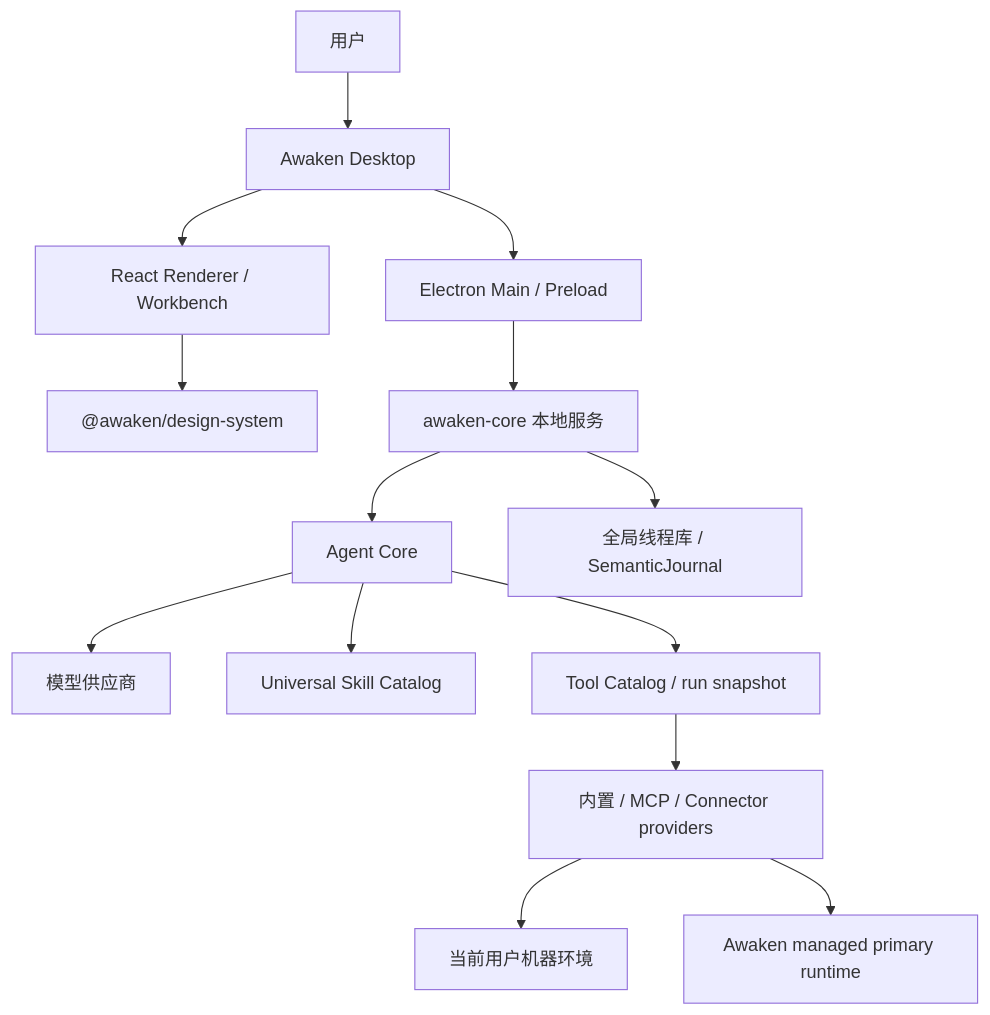
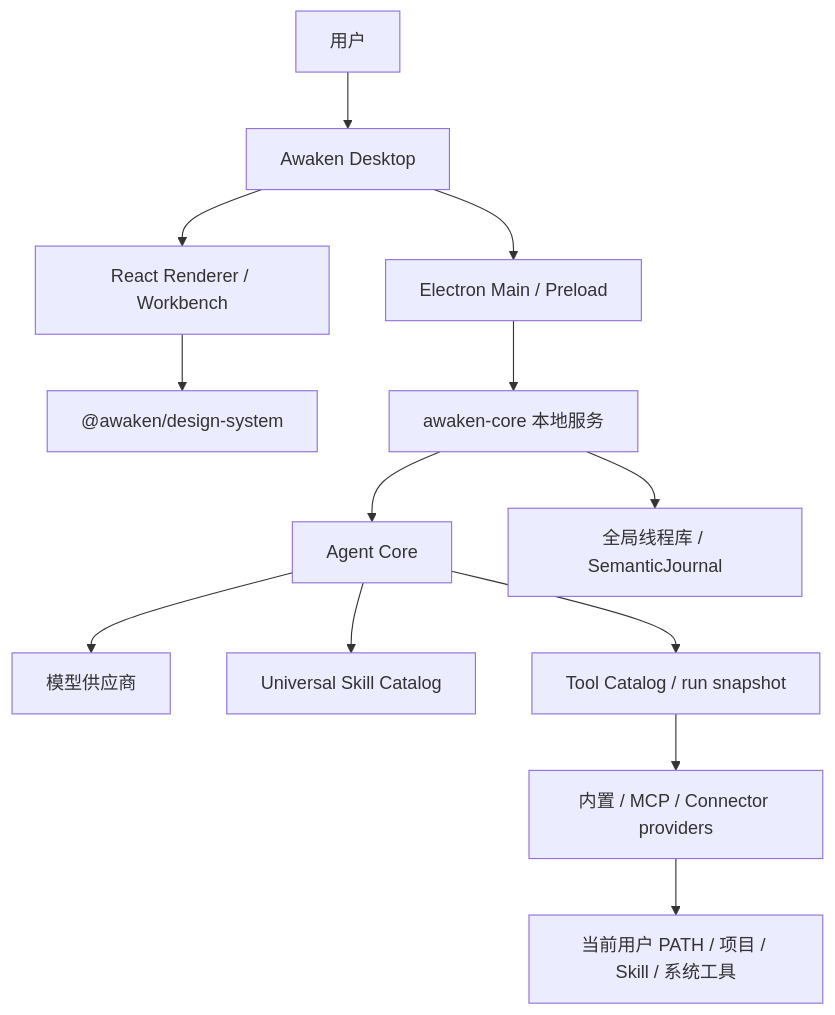
The diagram in README.md (NolanGrant556/Awaken), drawn with Mermaid before and after one commit. The commit also changed other lines of this file and 61 other files, not shown here.

````diff
--- a/README.md
+++ b/README.md
@@ -39,16 +39,15 @@
 ```mermaid
 flowchart TD
   User["用户"] --> Desktop["Awaken Desktop"]
   Desktop --> Main["Electron Main / Preload"]
   Desktop --> Renderer["React Renderer / Workbench"]
   Renderer --> DS["@awaken/design-system"]
   Main --> Core["awaken-core 本地服务"]
   Core --> Agent["Agent Core"]
   Agent --> Model["模型供应商"]
   Agent --> Skills["Universal Skill Catalog"]
   Agent --> Tools["Tool Catalog / run snapshot"]
   Tools --> Providers["内置 / MCP / Connector providers"]
   Core --> Store["全局线程库 / SemanticJournal"]
-  Providers --> Machine["当前用户机器环境"]
-  Providers --> Runtime["Awaken managed primary runtime"]
+  Providers --> Machine["当前用户 PATH / 项目 / Skill / 系统工具"]
 ```
````
